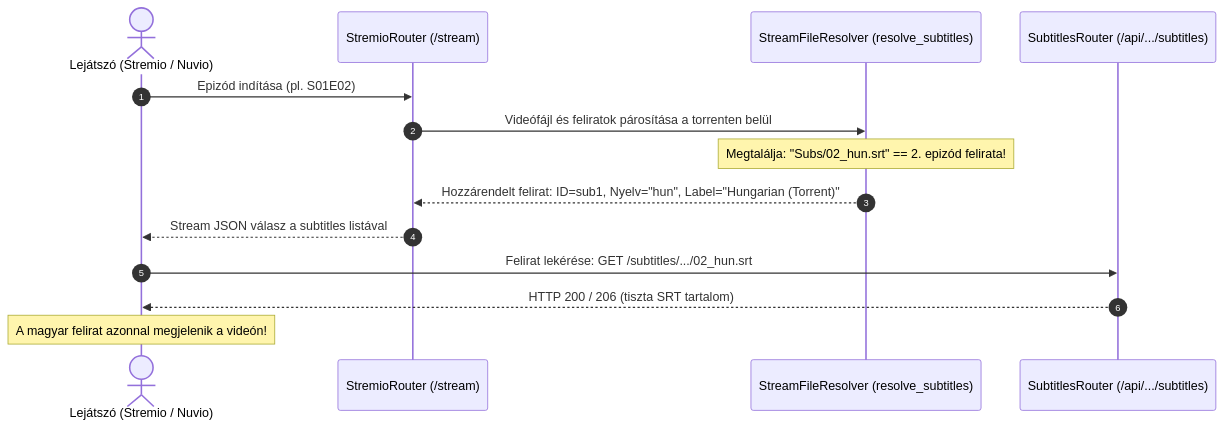
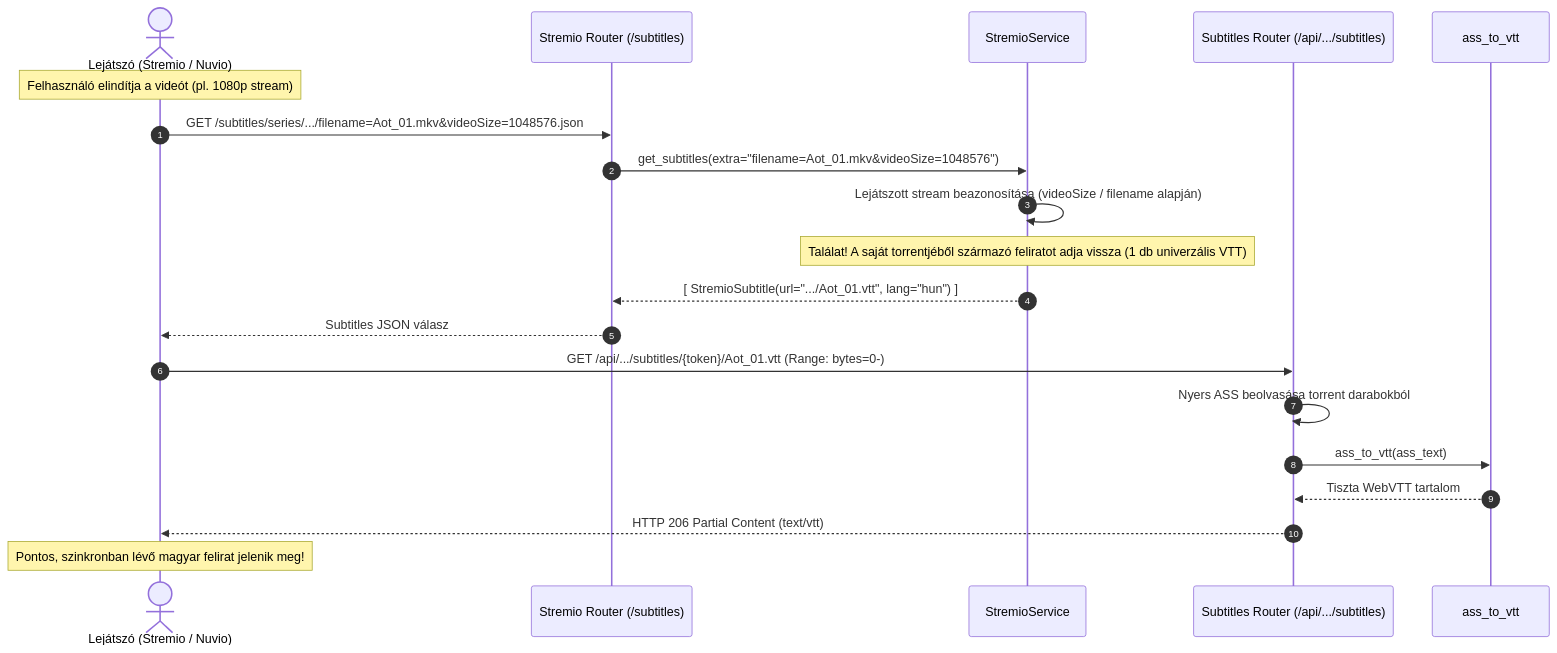
Before and after one commit to Levfero/stremhu-source-VibeCodedEdition: the first of 2 diagrams in README.md, drawn with Mermaid. The commit also changed other lines of this file and 6 other files, not shown here.

Commit message:
feat(subtitles): deduplicate subtitles, enforce universal WebVTT, Hungarian-only filtering, and stream fallback

````diff
--- a/README.md
+++ b/README.md
@@ -82,17 +113,24 @@
 ```mermaid
 sequenceDiagram
     autonumber
     actor Player as Lejátszó (Stremio / Nuvio)
-    participant API as StremioRouter (/stream)
-    participant Resolver as StreamFileResolver (resolve_subtitles)
-    participant SubRouter as SubtitlesRouter (/api/.../subtitles)
+    participant API as Stremio Router (/subtitles)
+    participant Service as StremioService
+    participant SubRouter as Subtitles Router (/api/.../subtitles)
+    participant Conv as ass_to_vtt
 
-    Player->>API: Epizód indítása (pl. S01E02)
-    API->>Resolver: Videófájl és feliratok párosítása a torrenten belül
-    Note over Resolver: Megtalálja: "Subs/02_hun.srt" == 2. epizód felirata!
-    Resolver-->>API: Hozzárendelt felirat: ID=sub1, Nyelv="hun", Label="Hungarian (Torrent)"
-    API-->>Player: Stream JSON válasz a subtitles listával
-    Player->>SubRouter: Felirat lekérése: GET /subtitles/.../02_hun.srt
-    SubRouter-->>Player: HTTP 200 / 206 (tiszta SRT tartalom)
-    Note over Player: A magyar felirat azonnal megjelenik a videón!
+    Note over Player: Felhasználó elindítja a videót (pl. 1080p stream)
+    Player->>API: GET /subtitles/series/.../filename=Aot_01.mkv&videoSize=1048576.json
+    API->>Service: get_subtitles(extra="filename=Aot_01.mkv&videoSize=1048576")
+    Service->>Service: Lejátszott stream beazonosítása (videoSize / filename alapján)
+    Note over Service: Találat! A saját torrentjéből származó feliratot adja vissza (1 db univerzális VTT)
+    Service-->>API: [ StremioSubtitle(url=".../Aot_01.vtt", lang="hun") ]
+    API-->>Player: Subtitles JSON válasz
+
+    Player->>SubRouter: GET /api/.../subtitles/{token}/Aot_01.vtt (Range: bytes=0-)
+    SubRouter->>SubRouter: Nyers ASS beolvasása torrent darabokból
+    SubRouter->>Conv: ass_to_vtt(ass_text)
+    Conv-->>SubRouter: Tiszta WebVTT tartalom
+    SubRouter-->>Player: HTTP 206 Partial Content (text/vtt)
+    Note over Player: Pontos, szinkronban lévő magyar felirat jelenik meg!
 ```
````
